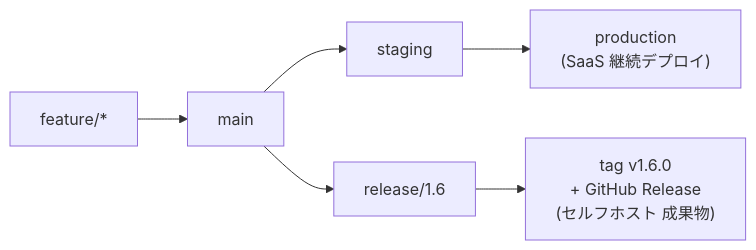
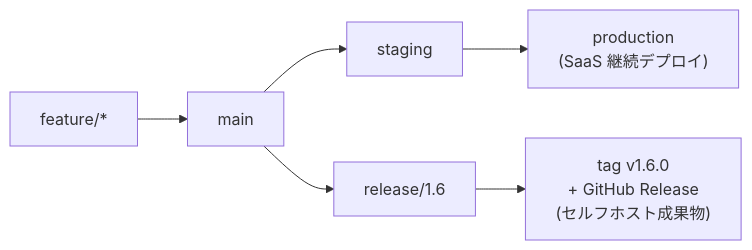
The first of 5 diagrams in docs/guide/dual-distribution.md (ykgw-daiki-nakamura/nakamura-git-tutorial), drawn with Mermaid before and after one commit. The commit also changed other lines of this file, not shown here.

````diff
--- a/docs/guide/dual-distribution.md
+++ b/docs/guide/dual-distribution.md
@@ -25,8 +25,8 @@
 ```mermaid
 flowchart LR
     F["feature/*"] --> M["main"]
     M --> S["staging"]
     S --> P["production<br/>(SaaS 継続デプロイ)"]
     M --> R["release/1.6"]
-    R --> T["tag v1.6.0<br/>+ GitHub Release<br/>(セルフホスト 成果物)"]
+    R --> T["tag v1.6.0<br/>+ GitHub Release<br/>(セルフホスト成果物)"]
 ```
````
